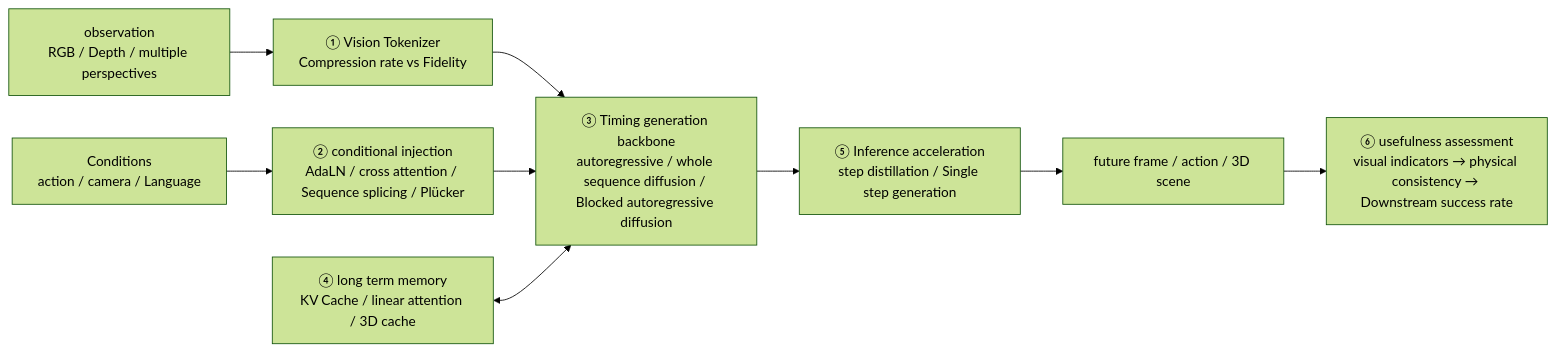
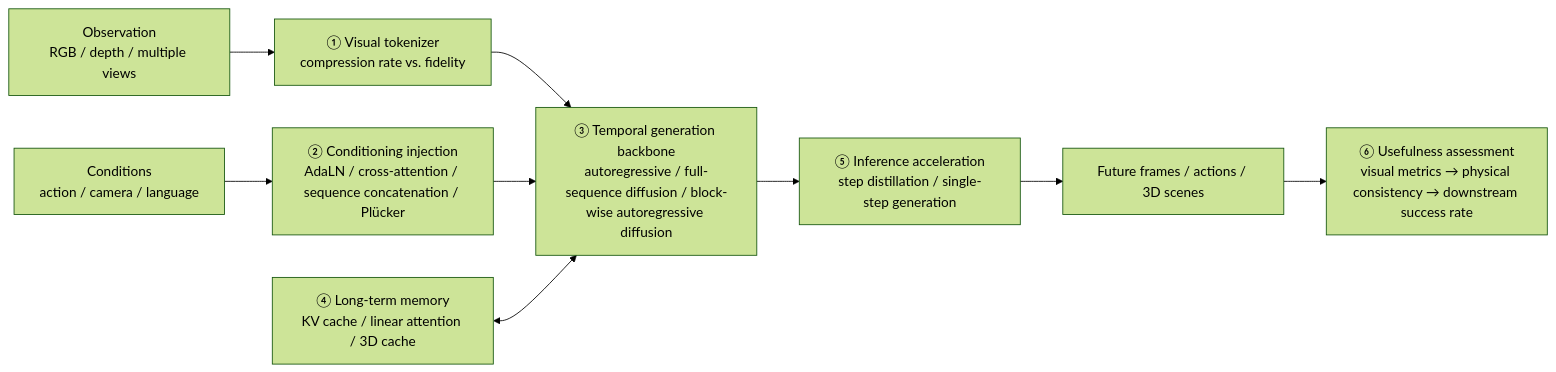
Before and after one commit to TingdeLiu/tingdeliu.github.io: the third of 11 diagrams in _translations/en/research/World-Models-Survey.md, drawn with Mermaid (forest theme). The commit also changed other lines of this file and 51 other files, not shown here.

````diff
--- a/_translations/en/research/World-Models-Survey.md
+++ b/_translations/en/research/World-Models-Survey.md
@@ -330,11 +330,11 @@
 ```mermaid
 flowchart LR
-    Obs["observation<br/>RGB / Depth / multiple perspectives"] --> Tok["① Vision Tokenizer<br/>Compression rate vs Fidelity"]
-    Cond["Conditions<br/>action / camera / Language"] --> Inj["② conditional injection<br/>AdaLN / cross attention / Sequence splicing / Plücker"]
-    Tok --> BB["③ Timing generation backbone<br/>autoregressive / whole sequence diffusion / Blocked autoregressive diffusion"]
+    Obs["Observation<br/>RGB / depth / multiple views"] --> Tok["① Visual tokenizer<br/>compression rate vs. fidelity"]
+    Cond["Conditions<br/>action / camera / language"] --> Inj["② Conditioning injection<br/>AdaLN / cross-attention / sequence concatenation / Plücker"]
+    Tok --> BB["③ Temporal generation backbone<br/>autoregressive / full-sequence diffusion / block-wise autoregressive diffusion"]
     Inj --> BB
-    Mem["④ long term memory<br/>KV Cache / linear attention / 3D cache"] <--> BB
-    BB --> Dec["⑤ Inference acceleration<br/>step distillation / Single step generation"]
-    Dec --> Out["future frame / action / 3D scene"]
-    Out --> Eval["⑥ usefulness assessment<br/>visual indicators → physical consistency → Downstream success rate"]
+    Mem["④ Long-term memory<br/>KV cache / linear attention / 3D cache"] <--> BB
+    BB --> Dec["⑤ Inference acceleration<br/>step distillation / single-step generation"]
+    Dec --> Out["Future frames / actions / 3D scenes"]
+    Out --> Eval["⑥ Usefulness assessment<br/>visual metrics → physical consistency → downstream success rate"]
 ```
````
